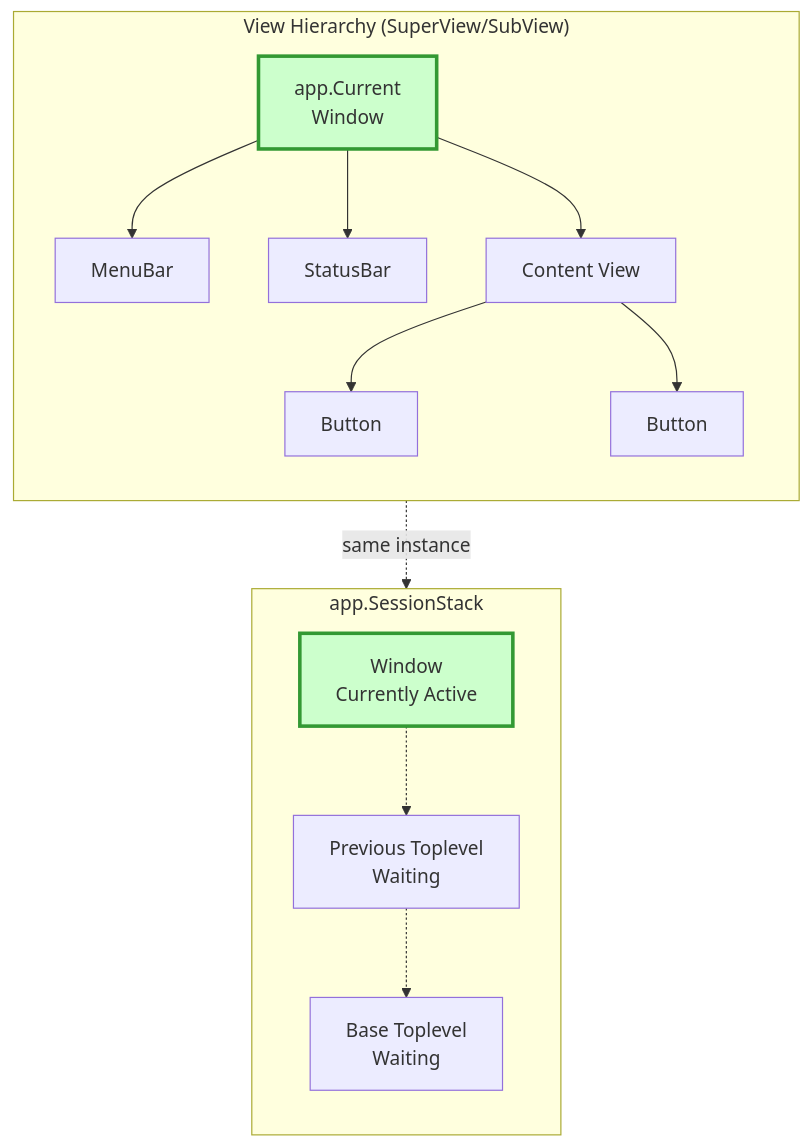
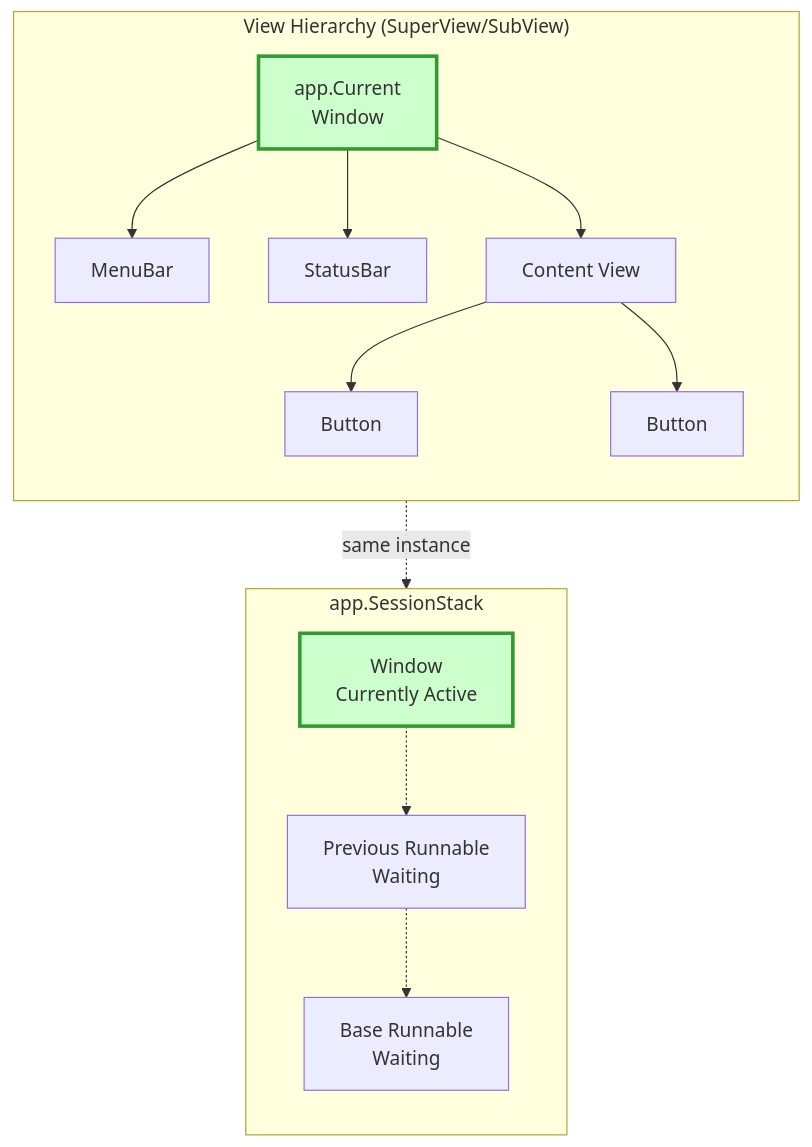
One commit to gui-cs/Terminal.Gui changed the first of 2 diagrams in docfx/docs/application.md. Above: the diagram before and after it, drawn with Mermaid. The commit also changed other lines of this file and 133 other files, not shown here.

````diff
--- a/docfx/docs/application.md
+++ b/docfx/docs/application.md
@@ -17,32 +17,32 @@
 ```mermaid
 graph TB
     subgraph ViewTree["View Hierarchy (SuperView/SubView)"]
         direction TB
         Top[app.Current<br/>Window]
         Menu[MenuBar]
         Status[StatusBar]
         Content[Content View]
         Button1[Button]
         Button2[Button]
         
         Top --> Menu
         Top --> Status
         Top --> Content
         Content --> Button1
         Content --> Button2
     end
     
     subgraph Stack["app.SessionStack"]
         direction TB
         S1[Window<br/>Currently Active]
-        S2[Previous Toplevel<br/>Waiting]
-        S3[Base Toplevel<br/>Waiting]
+        S2[Previous Runnable<br/>Waiting]
+        S3[Base Runnable<br/>Waiting]
         
         S1 -.-> S2 -.-> S3
     end
     
     Top -.->|"same instance"| S1
     
     style Top fill:#ccffcc,stroke:#339933,stroke-width:3px
     style S1 fill:#ccffcc,stroke:#339933,stroke-width:3px
 ```
````
